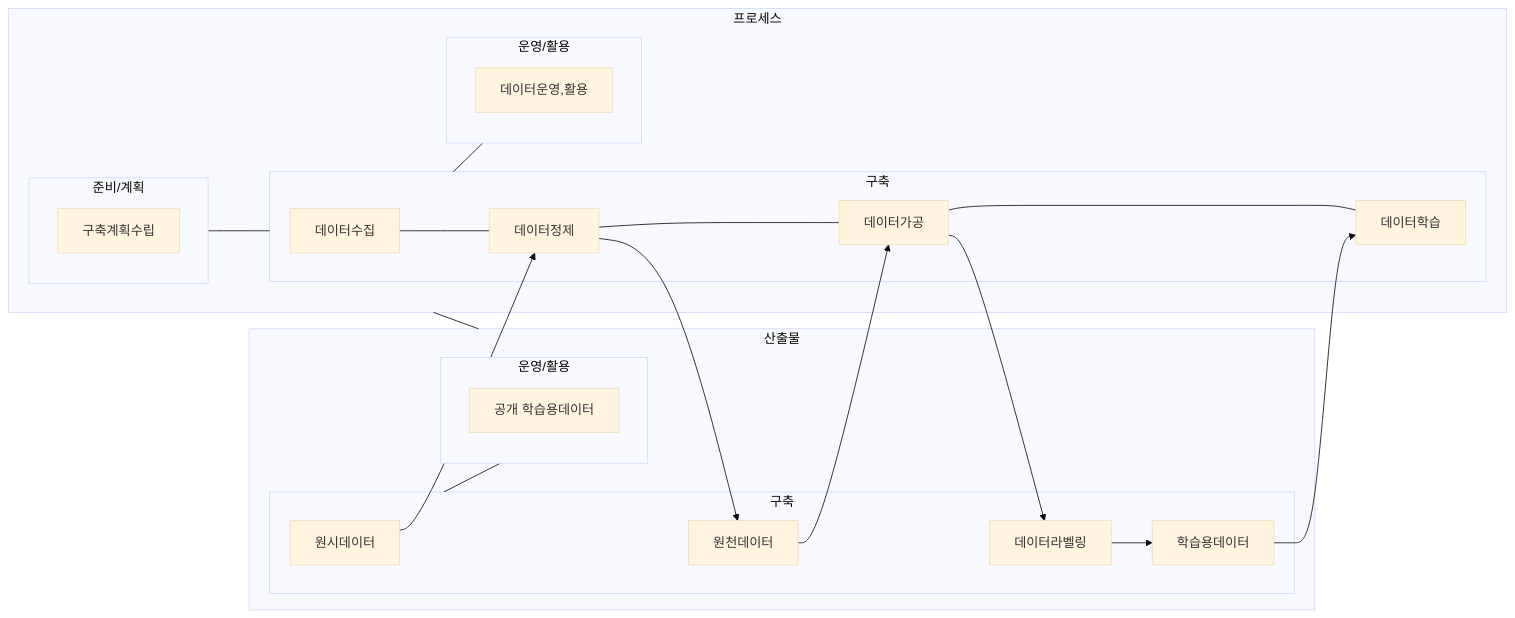
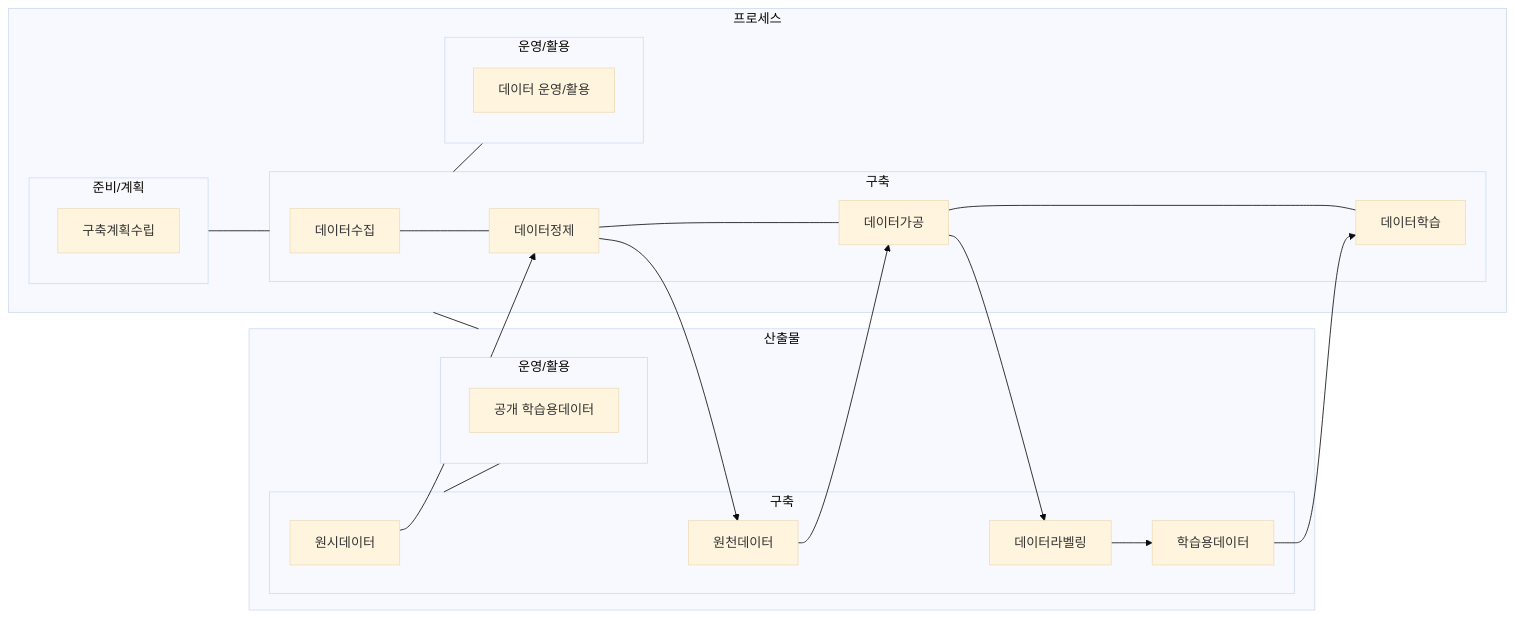
The diagram in blog/pe/algo/인공지능-학습-데이터허브-학습-데이터셋의-품질.md (gracefullight/gracefullight.github.io), drawn with Mermaid (base theme) before and after one commit.

Commit message:
docs: 📚️ fix graph

````diff
--- a/blog/pe/algo/인공지능-학습-데이터허브-학습-데이터셋의-품질.md
+++ b/blog/pe/algo/인공지능-학습-데이터허브-학습-데이터셋의-품질.md
@@ -20,33 +20,33 @@
 ```mermaid
 graph LR
   subgraph 프로세스
-    subgraph 준비/계획
+    subgraph 준비계획[준비/계획]
       구축계획수립
     end
 
     subgraph 구축
       데이터수집 --- 데이터정제 --- 데이터가공 --- 데이터학습
     end
     subgraph 운영활용[운영/활용]
-      데이터운영,활용
+      데이터운영활용[데이터 운영/활용]
     end
 
-    준비/계획 --- 구축 --- 운영활용
+    준비계획 --- 구축 --- 운영활용
   end
 
   subgraph 산출물
     subgraph 구축2[구축]
       원시데이터 --> 데이터정제 --> 원천데이터
       원천데이터 --> 데이터가공 --> 데이터라벨링
       데이터라벨링 --> 학습용데이터 --> 데이터학습
     end
 
     subgraph 운영활용2[운영/활용]
       학습용데이터_공개용[공개 학습용데이터]
     end
 
     구축2 --- 운영활용2
   end
 
   프로세스 --- 산출물
 ```
````
